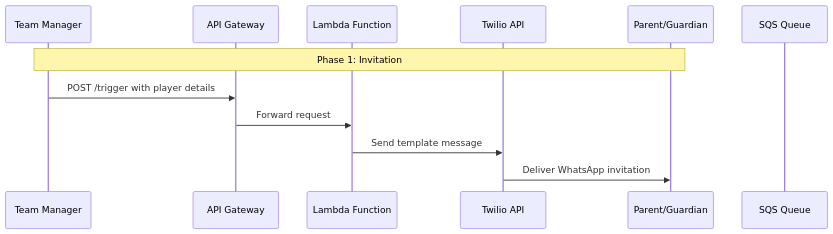
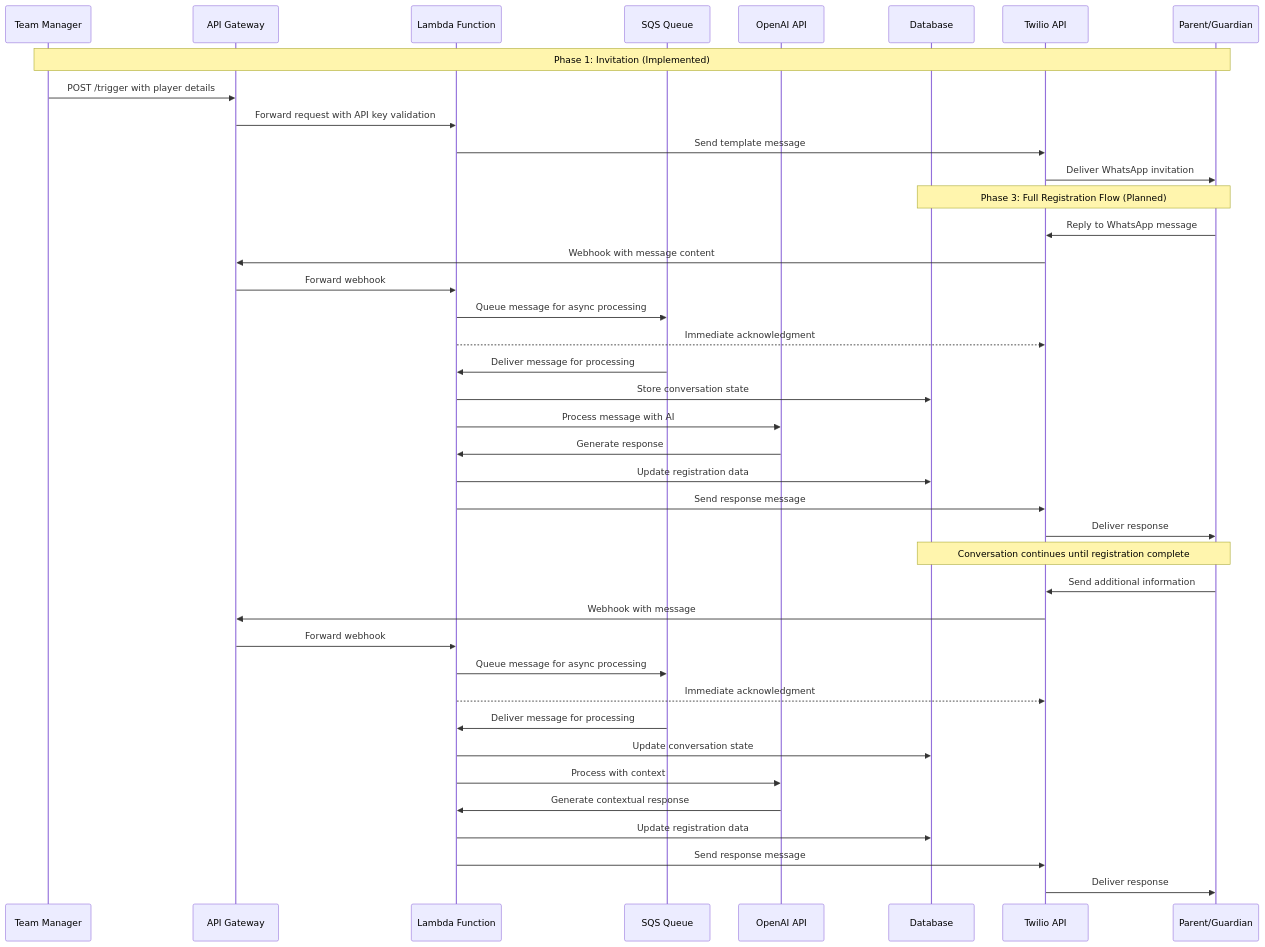
One commit to junksamiad/urmston-town-whatsapp-bot changed the diagram in diagrams/registration_flow_new.md. Above: the diagram before and after it, drawn with Mermaid. The commit also changed other lines of this file and 2107 other files, not shown here.

Commit message:
Phase 2: Updates for WhatsApp bot implementation

````diff
--- a/diagrams/registration_flow_new.md
+++ b/diagrams/registration_flow_new.md
@@ -3,15 +3,45 @@
 ```mermaid
 sequenceDiagram
     participant TM as Team Manager
     participant API as API Gateway
     participant Lambda as Lambda Function
+    participant SQS as SQS Queue
+    participant OpenAI as OpenAI API
+    participant DB as Database
     participant Twilio as Twilio API
     participant Parent as Parent/Guardian
-    participant SQS as SQS Queue
     
-    Note over TM, Parent: Phase 1: Invitation
+    Note over TM, Parent: Phase 1: Invitation (Implemented)
     TM->>API: POST /trigger with player details
-    API->>Lambda: Forward request
+    API->>Lambda: Forward request with API key validation
     Lambda->>Twilio: Send template message
     Twilio->>Parent: Deliver WhatsApp invitation
+    
+    Note over Parent, DB: Phase 3: Full Registration Flow (Planned)
+    Parent->>Twilio: Reply to WhatsApp message
+    Twilio->>API: Webhook with message content
+    API->>Lambda: Forward webhook
+    Lambda->>SQS: Queue message for async processing
+    Lambda-->>Twilio: Immediate acknowledgment
+    SQS->>Lambda: Deliver message for processing
+    Lambda->>DB: Store conversation state
+    Lambda->>OpenAI: Process message with AI
+    OpenAI->>Lambda: Generate response
+    Lambda->>DB: Update registration data
+    Lambda->>Twilio: Send response message
+    Twilio->>Parent: Deliver response
+    
+    Note over Parent, DB: Conversation continues until registration complete
+    Parent->>Twilio: Send additional information
+    Twilio->>API: Webhook with message
+    API->>Lambda: Forward webhook
+    Lambda->>SQS: Queue message for async processing
+    Lambda-->>Twilio: Immediate acknowledgment
+    SQS->>Lambda: Deliver message for processing
+    Lambda->>DB: Update conversation state
+    Lambda->>OpenAI: Process with context
+    OpenAI->>Lambda: Generate contextual response
+    Lambda->>DB: Update registration data
+    Lambda->>Twilio: Send response message
+    Twilio->>Parent: Deliver response
 ```
````
